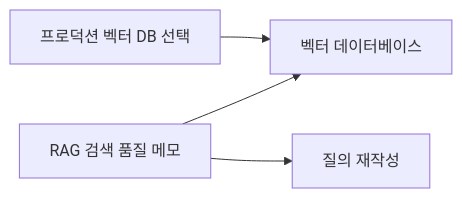
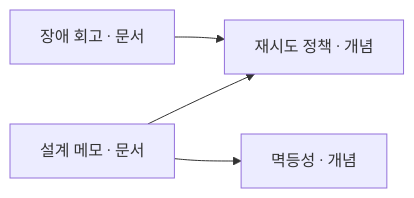
The second of 2 diagrams in README.md (junyeong-ai/lorekeeper), drawn with Mermaid before and after one commit. The commit also changed other lines of this file and 4 other files, not shown here.

````diff
--- a/README.md
+++ b/README.md
@@ -292,6 +54,6 @@
 ```mermaid
 graph LR
-    A["RAG 검색 품질 메모"] --> V["벡터 데이터베이스"]
-    A --> Q["질의 재작성"]
-    B["프로덕션 벡터 DB 선택"] --> V
+    A["장애 회고 · 문서"] --> R["재시도 정책 · 개념"]
+    B["설계 메모 · 문서"] --> R
+    B --> I["멱등성 · 개념"]
 ```
````
